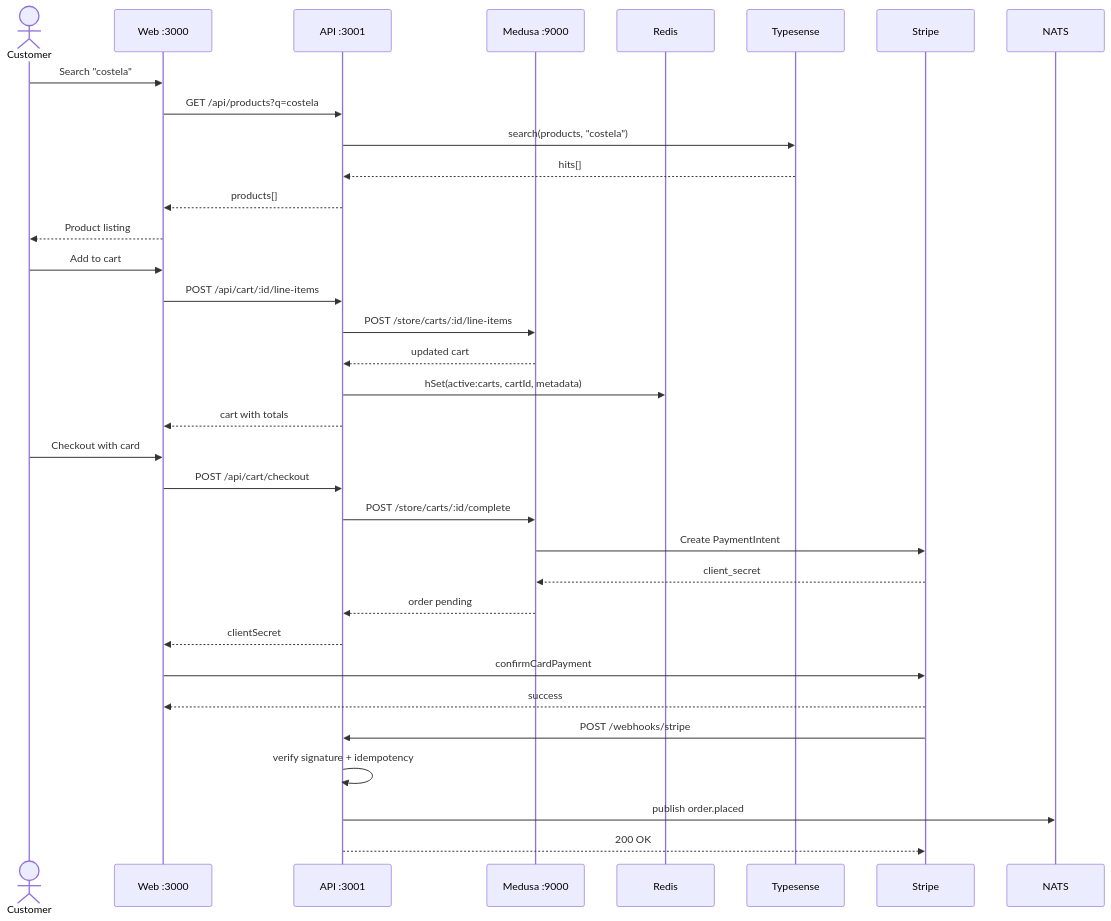
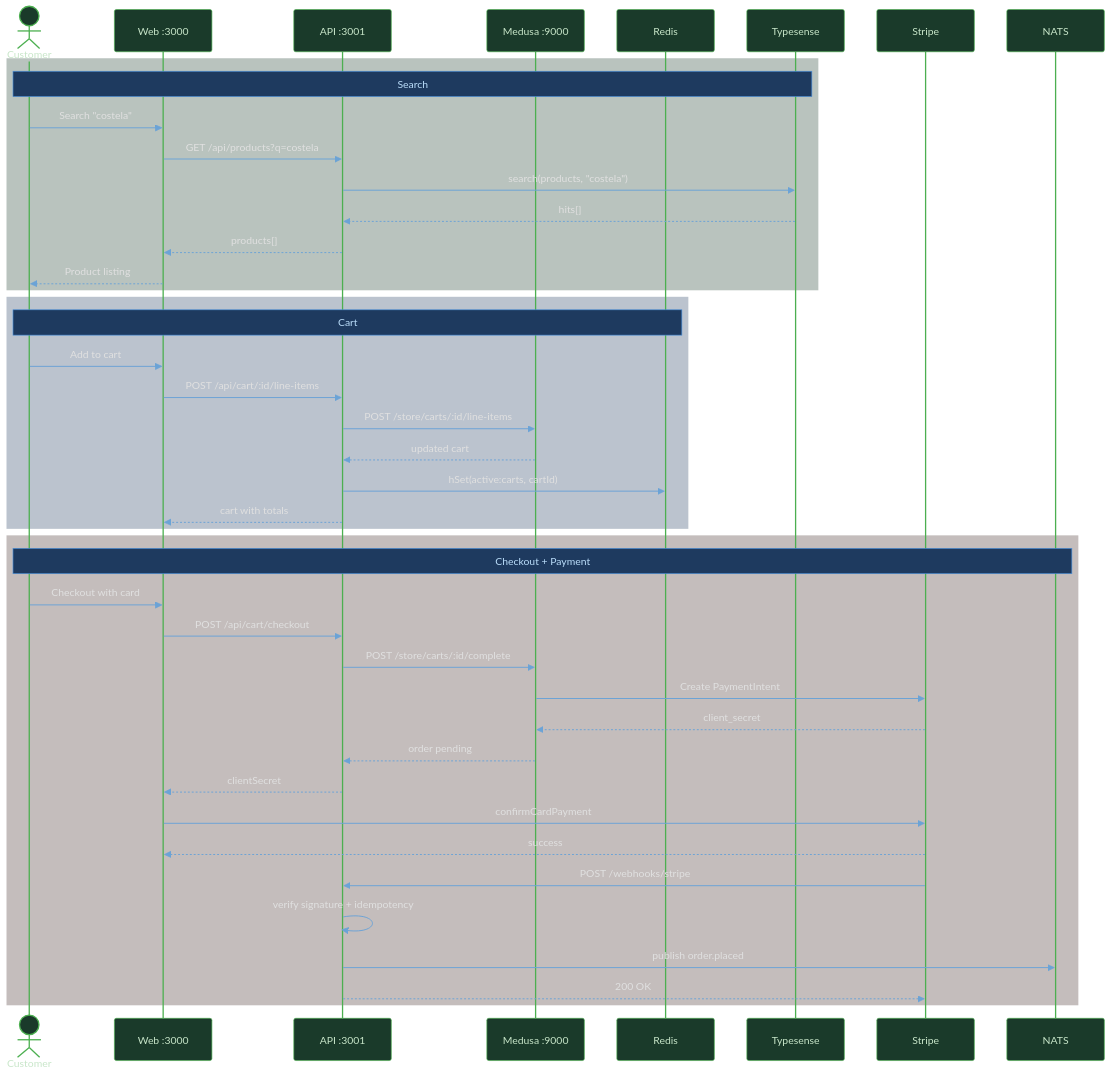
The third of 4 diagrams in docs/ARCHITECTURE.md (BrunoRodolpho/ibatexas), drawn with Mermaid before and after one commit. The commit also changed other lines of this file, not shown here.

First line of the commit message:
fix(docs): improve Mermaid diagram colors for dark mode readability

````diff
--- a/docs/ARCHITECTURE.md
+++ b/docs/ARCHITECTURE.md
@@ -159,40 +141,49 @@
 ```mermaid
+%%{init: {'theme': 'base', 'themeVariables': {'actorBkg': '#1a3a2a', 'actorBorder': '#4caf50', 'actorTextColor': '#c8e6c9', 'signalColor': '#6ba3d6', 'signalTextColor': '#e0e0e0', 'labelBoxBkgColor': '#161b22', 'labelBoxBorderColor': '#30363d', 'labelTextColor': '#e0e0e0', 'loopTextColor': '#e0e0e0', 'noteBkgColor': '#1e3a5f', 'noteTextColor': '#bbdefb', 'noteBorderColor': '#4a90d9', 'activationBkgColor': '#1e3a5f', 'activationBorderColor': '#4a90d9', 'sequenceNumberColor': '#e0e0e0'}}}%%
 sequenceDiagram
   actor C as Customer
   participant W as Web :3000
   participant A as API :3001
   participant M as Medusa :9000
   participant R as Redis
   participant T as Typesense
   participant S as Stripe
   participant N as NATS
 
+  rect rgba(26, 58, 42, 0.3)
+  Note over C,T: Search
   C->>W: Search "costela"
   W->>A: GET /api/products?q=costela
   A->>T: search(products, "costela")
   T-->>A: hits[]
   A-->>W: products[]
   W-->>C: Product listing
+  end
 
+  rect rgba(30, 58, 95, 0.3)
+  Note over C,R: Cart
   C->>W: Add to cart
   W->>A: POST /api/cart/:id/line-items
   A->>M: POST /store/carts/:id/line-items
   M-->>A: updated cart
-  A->>R: hSet(active:carts, cartId, metadata)
+  A->>R: hSet(active:carts, cartId)
   A-->>W: cart with totals
+  end
 
+  rect rgba(62, 39, 35, 0.3)
+  Note over C,N: Checkout + Payment
   C->>W: Checkout with card
   W->>A: POST /api/cart/checkout
   A->>M: POST /store/carts/:id/complete
   M->>S: Create PaymentIntent
   S-->>M: client_secret
   M-->>A: order pending
   A-->>W: clientSecret
   W->>S: confirmCardPayment
   S-->>W: success
-
   S->>A: POST /webhooks/stripe
   A->>A: verify signature + idempotency
   A->>N: publish order.placed
   A-->>S: 200 OK
+  end
 ```
````
